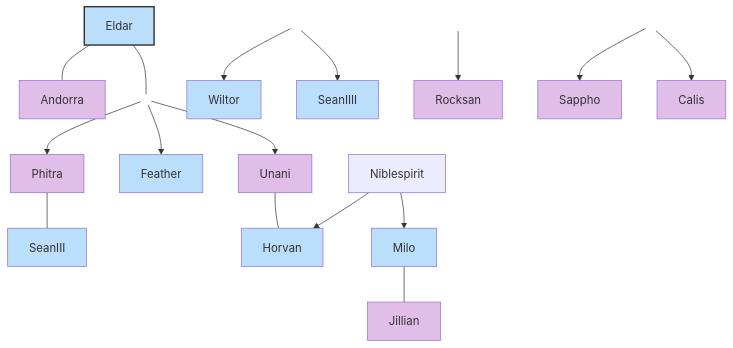
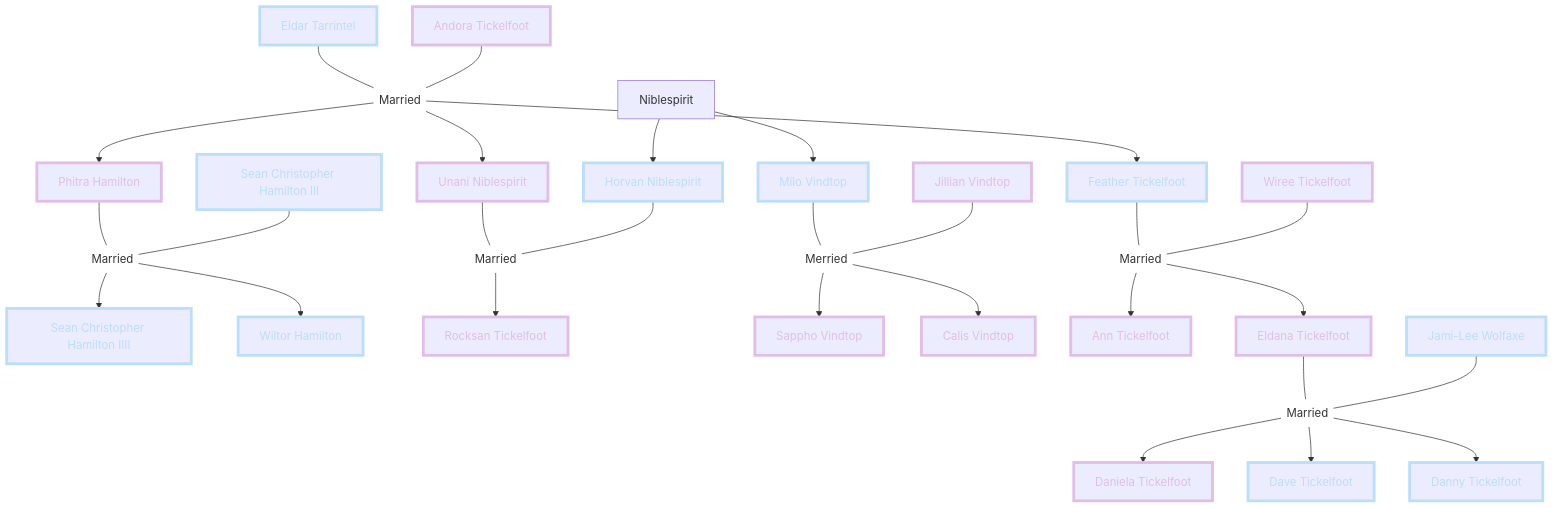
Before and after one commit to momentosdebell/Echos-of-Bell: the diagram in content/Bloodlines/Origin/Tickelfoot.md, drawn with Mermaid. The commit also changed other lines of this file, not shown here.

Commit message:
vault backup: 2026-09-29 14:25:52

````diff
--- a/content/Bloodlines/Origin/Tickelfoot.md
+++ b/content/Bloodlines/Origin/Tickelfoot.md
@@ -8,71 +8,97 @@
 ```mermaid
----
-
-config:
-
-  layout: fixed
-
----
-
 flowchart TB
 
-    Eldar["Eldar"] --- Andorra["Andorra"] & EmA[" "]
+    1["Eldar Tarrintel"] --- 1+2["Married"]
 
-    EmA --> Phitra["Phitra"] & Feather["Feather"] & Unani["Unani"]
+    2["Andora Tickelfoot"] --- 1+2
 
-    Phitra --- SeanIII["SeanIII"]
+    1+2 --> 3["Phitra Hamilton"] & 7["Unani Niblespirit"] & 14["Feather Tickelfoot"]
 
-    PmS[" "] --> Wiltor["Wiltor"] & SeanIIII["SeanIIII"]
+    3 --- 3+4["Married"]
 
-    Unani --- Horvan["Horvan"]
+    4["Sean Christopher Hamilton III"] --- 3+4
 
-    UmH[" "] --> Rocksan["Rocksan"]
+    3+4 --> 5["Sean Christopher Hamilton IIII"] & 6["Wiltor Hamilton"]
 
-    Niblespirit["Niblespirit"] --> Horvan & Milo["Milo"]
+    7 --- 7+8["Married"]
 
-    Milo --- Jillian["Jillian"]
+    8["Horvan Niblespirit"] --- 7+8
 
-    MmJ[" "] --> Sappho["Sappho"] & Calis["Calis"]
+    7+8 --> 9["Rocksan Tickelfoot"]
+
+    9+10["Niblespirit"] --> 8 & 10["Milo Vindtop"]
+
+    10 --- 10+11["Merried"]
+
+    11["Jillian Vindtop"] --- 10+11
+
+    10+11 --> 12["Sappho Vindtop"] & 13["Calis Vindtop"]
+
+    14 --- 14+15["Married"]
+
+    15["Wiree Tickelfoot"] --- 14+15
+
+    14+15 --> 16["Ann Tickelfoot"] & 17["Eldana Tickelfoot"]
+
+    17 --- 17+18["Married"]
+
+    18["Jami-Lee Wolfaxe"] --- 17+18
+
+    17+18 --> 19["Daniela Tickelfoot"] & 20["Dave Tickelfoot"] & 21["Danny Tickelfoot"]
 
   
 
-    EmA@{ shape: text}
+    1+2@{ shape: text}
 
-    PmS@{ shape: text}
+    3+4@{ shape: text}
 
-    UmH@{ shape: text}
+    7+8@{ shape: text}
 
-    MmJ@{ shape: text}
+    10+11@{ shape: text}
 
-    style Eldar fill:#BBDEFB,stroke:#333,stroke-width:2px
+    14+15@{ shape: text}
 
-    style Andorra fill:#E1BEE7
+    17+18@{ shape: text}
 
-    style EmA stroke-width:0px,stroke-dasharray:0,fill:transparent
+    style 1 stroke-width:4px,stroke-dasharray: 0,stroke:#BBDEFB,color:#BBDEFB
 
-    style Phitra fill:#E1BEE7
+    style 2 stroke:#E1BEE7,stroke-width:4px,stroke-dasharray: 0,color:#E1BEE7
 
-    style Feather fill:#BBDEFB
+    style 3 color:#E1BEE7,stroke-width:4px,stroke-dasharray: 0,stroke:#E1BEE7
 
-    style Unani fill:#E1BEE7
+    style 7 color:#E1BEE7,stroke-width:4px,stroke-dasharray: 0,stroke:#E1BEE7
 
-    style SeanIII fill:#BBDEFB
+    style 14 stroke-width:4px,stroke-dasharray: 0,stroke:#BBDEFB,color:#BBDEFB
 
-    style PmS fill:transparent,stroke-width:0px,stroke-dasharray:0
+    style 4 color:#BBDEFB,stroke:#BBDEFB,stroke-width:4px,stroke-dasharray: 0
 
-    style Wiltor fill:#BBDEFB
+    style 5 color:#BBDEFB,stroke-width:4px,stroke-dasharray: 0,stroke:#BBDEFB
 
-    style SeanIIII fill:#BBDEFB
+    style 6 color:#BBDEFB,stroke-width:4px,stroke-dasharray: 0,stroke:#BBDEFB
 
-    style Horvan fill:#BBDEFB
+    style 8 stroke-width:4px,stroke-dasharray: 0,stroke:#BBDEFB,color:#BBDEFB
 
-    style Rocksan fill:#E1BEE7
+    style 9 color:#E1BEE7,stroke-width:4px,stroke-dasharray: 0,stroke:#E1BEE7
 
-    style Milo fill:#BBDEFB
+    style 10 stroke-width:4px,stroke-dasharray: 0,stroke:#BBDEFB,color:#BBDEFB
 
-    style Jillian fill:#E1BEE7
+    style 11 color:#E1BEE7,stroke-width:4px,stroke-dasharray: 0,stroke:#E1BEE7
 
-    style Sappho fill:#E1BEE7
+    style 12 color:#E1BEE7,stroke-width:4px,stroke-dasharray: 0,stroke:#E1BEE7
 
-    style Calis fill:#E1BEE7
+    style 13 color:#E1BEE7,stroke-width:4px,stroke-dasharray: 0,stroke:#E1BEE7
+
+    style 15 stroke:#E1BEE7,stroke-width:4px,stroke-dasharray: 0,color:#E1BEE7
+
+    style 16 color:#E1BEE7,stroke-width:4px,stroke-dasharray: 0,stroke:#E1BEE7
+
+    style 17 color:#E1BEE7,stroke-width:4px,stroke-dasharray: 0,stroke:#E1BEE7
+
+    style 18 color:#BBDEFB,stroke-width:4px,stroke-dasharray: 0,stroke:#BBDEFB
+
+    style 19 stroke-width:4px,stroke-dasharray: 0,stroke:#E1BEE7,color:#E1BEE7
+
+    style 20 color:#BBDEFB,stroke:#BBDEFB,stroke-width:4px,stroke-dasharray: 0
+
+    style 21 color:#BBDEFB,stroke-width:4px,stroke-dasharray: 0,stroke:#BBDEFB
 ```
````
